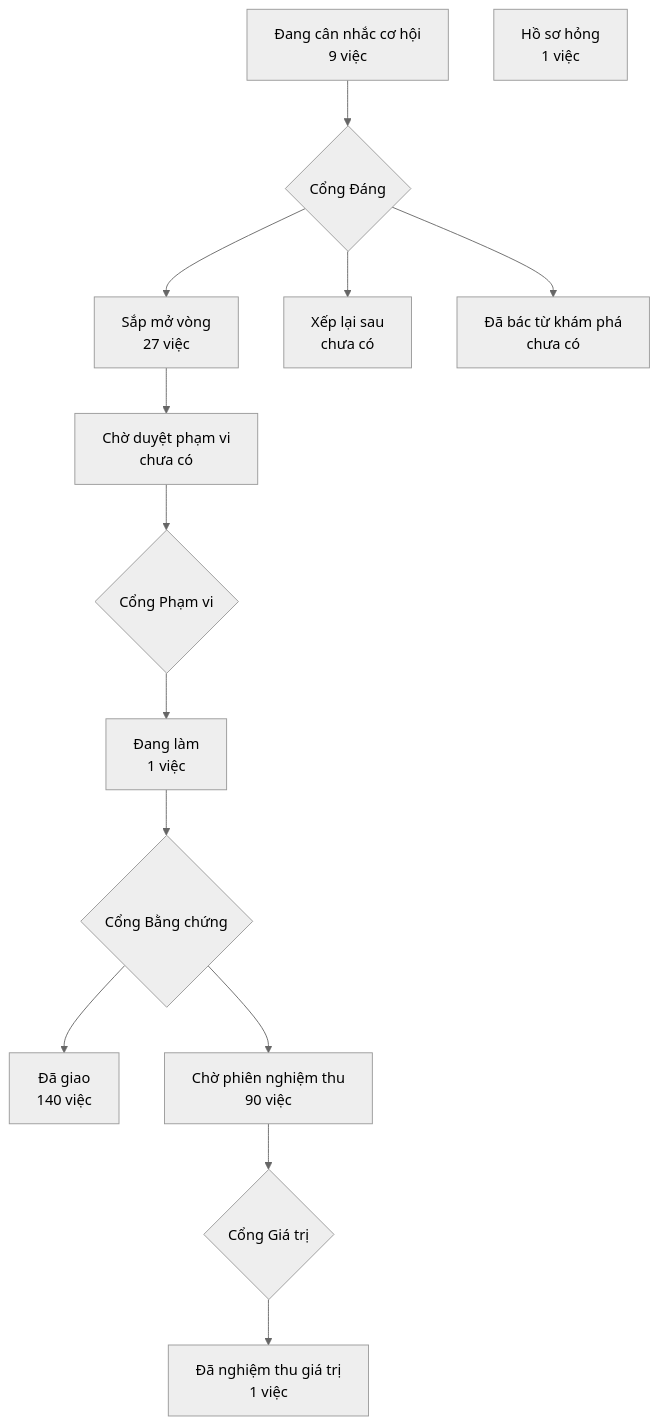
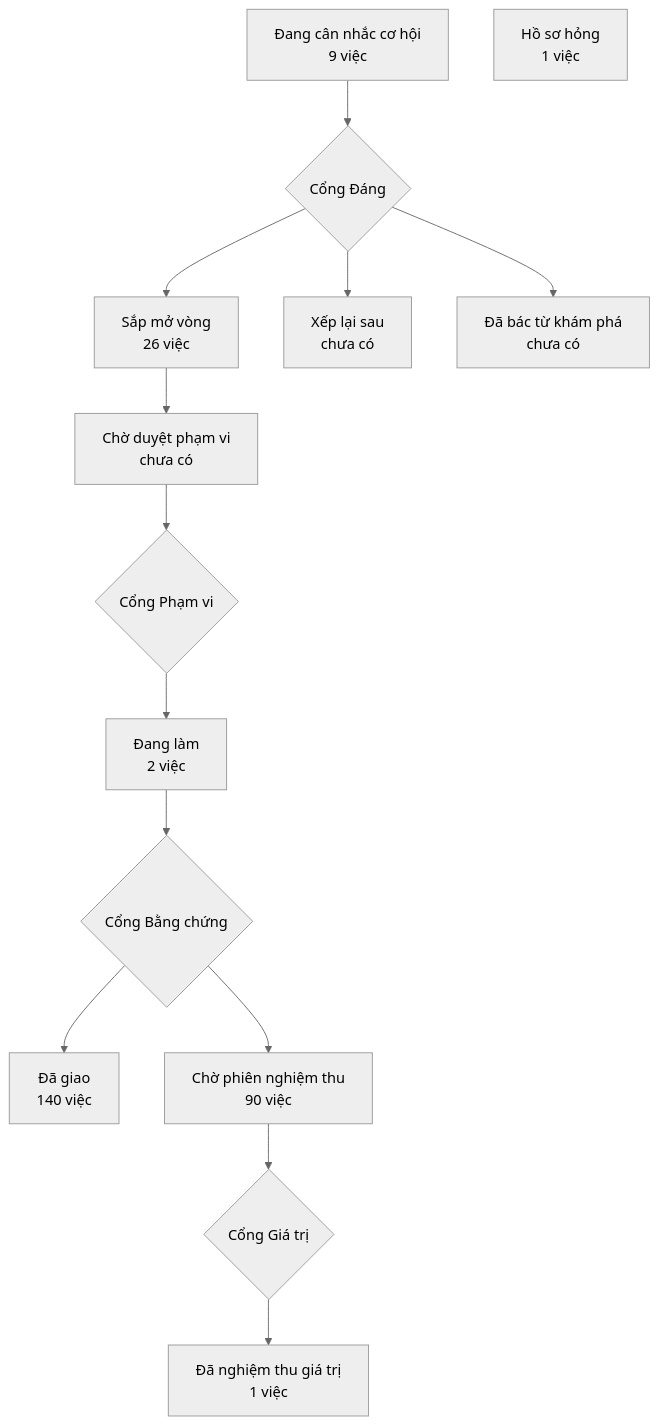
The diagram in PRODUCT-MAP.md (phanlemanh/crm-onehub), drawn with Mermaid (neutral theme) before and after one commit. The commit also changed 7 other files, not shown here.

````diff
--- a/PRODUCT-MAP.md
+++ b/PRODUCT-MAP.md
@@ -7,13 +7,13 @@
 ```mermaid
 flowchart TD
   A["Đang cân nhắc cơ hội<br/>9 việc"] --> GD{"Cổng Đáng"}
-  GD --> B["Sắp mở vòng<br/>27 việc"]
+  GD --> B["Sắp mở vòng<br/>26 việc"]
   GD --> XL["Xếp lại sau<br/>chưa có"]
   GD --> DB["Đã bác từ khám phá<br/>chưa có"]
   B --> CD["Chờ duyệt phạm vi<br/>chưa có"] --> GP{"Cổng Phạm vi"}
-  GP --> DL["Đang làm<br/>1 việc"] --> GB{"Cổng Bằng chứng"}
+  GP --> DL["Đang làm<br/>2 việc"] --> GB{"Cổng Bằng chứng"}
   GB --> DG["Đã giao<br/>140 việc"]
   GB --> CN["Chờ phiên nghiệm thu<br/>90 việc"] --> GG{"Cổng Giá trị"}
   GG --> NT["Đã nghiệm thu giá trị<br/>1 việc"]
   HS["Hồ sơ hỏng<br/>1 việc"]
 ```
````
